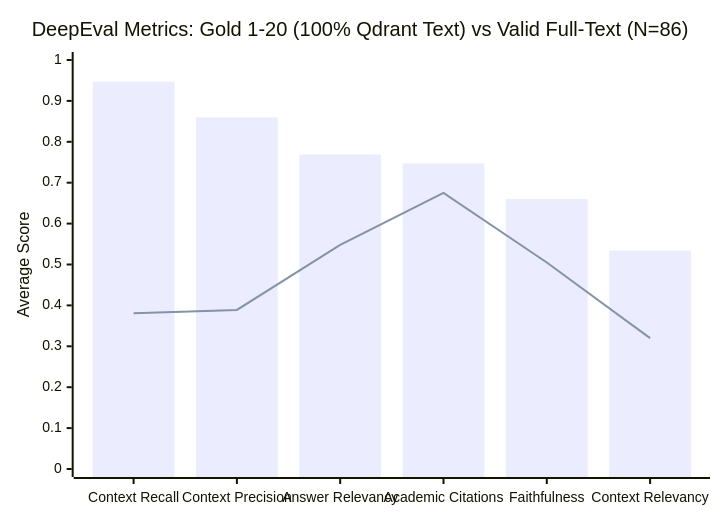
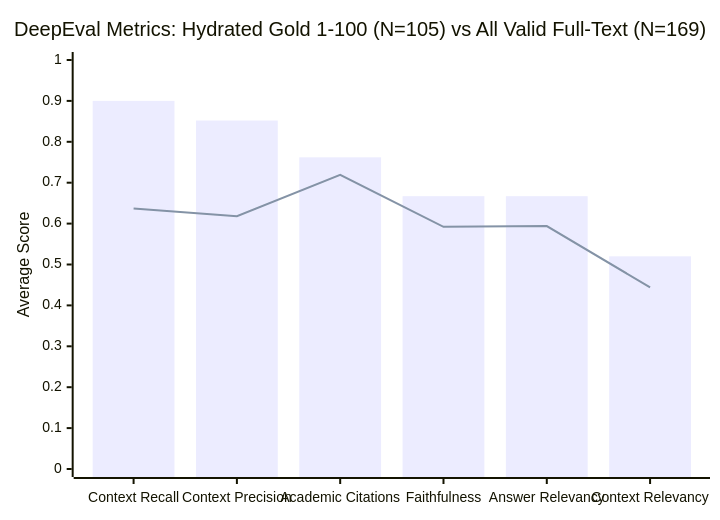
The third of 3 diagrams in docs/benchmarks/laya_pagerank_benchmark_report.md (zombieTDV/UTH-Data-Mining-Real-Time-Scientific-Data-Mining-Advanced-RAG-System-for-AI-DS), drawn with Mermaid before and after one commit. The commit also changed other lines of this file, not shown here.

Commit message:
[DOCS] Update benchmark report with hydrated gold-001..100 (N=105) and N=169 full-text DeepEval metrics

````diff
--- a/docs/benchmarks/laya_pagerank_benchmark_report.md
+++ b/docs/benchmarks/laya_pagerank_benchmark_report.md
@@ -71,8 +71,8 @@
 ```mermaid
 xychart-beta
-    title "DeepEval Metrics: Gold 1-20 (100% Qdrant Text) vs Valid Full-Text (N=86)"
-    x-axis ["Context Recall", "Context Precision", "Answer Relevancy", "Academic Citations", "Faithfulness", "Context Relevancy"]
+    title "DeepEval Metrics: Hydrated Gold 1-100 (N=105) vs All Valid Full-Text (N=169)"
+    x-axis ["Context Recall", "Context Precision", "Academic Citations", "Faithfulness", "Answer Relevancy", "Context Relevancy"]
     y-axis "Average Score" 0.0 --> 1.0
-    bar [0.947, 0.860, 0.769, 0.747, 0.660, 0.534]
-    line [0.381, 0.389, 0.548, 0.675, 0.505, 0.320]
+    bar [0.900, 0.852, 0.762, 0.667, 0.667, 0.520]
+    line [0.637, 0.618, 0.719, 0.592, 0.594, 0.444]
 ```
````
